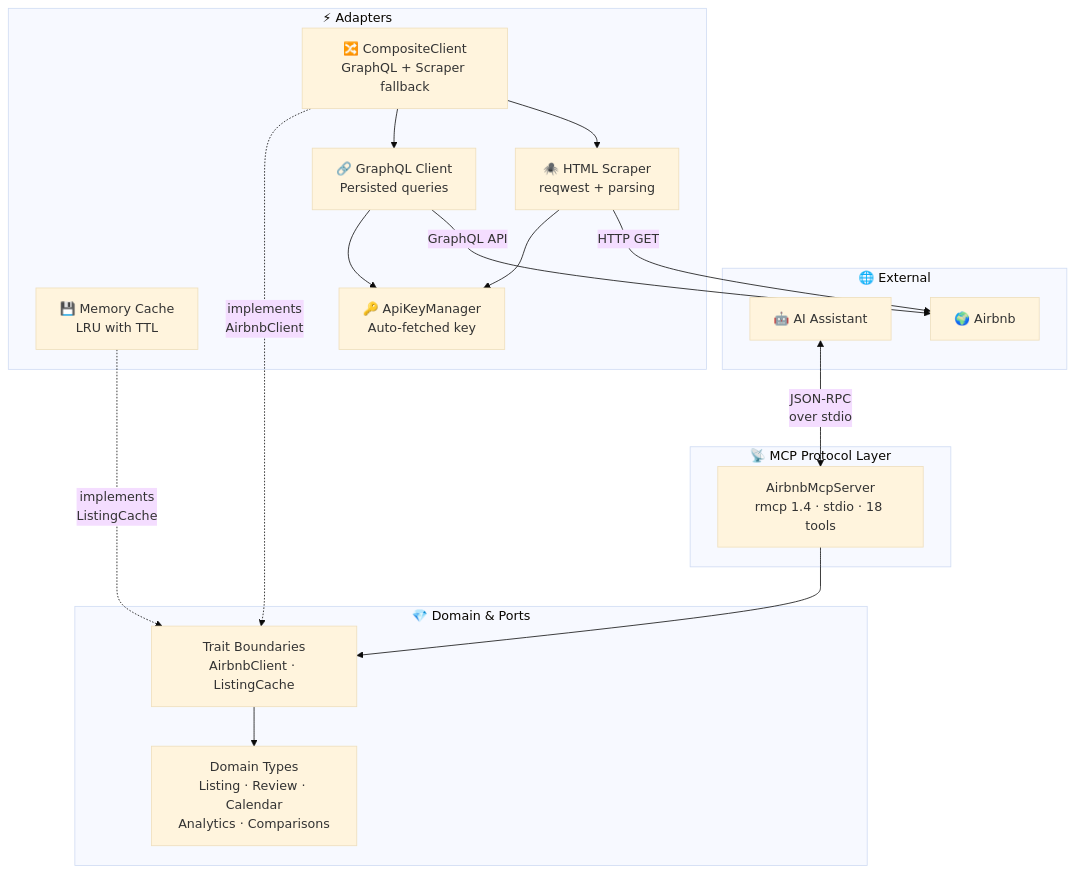
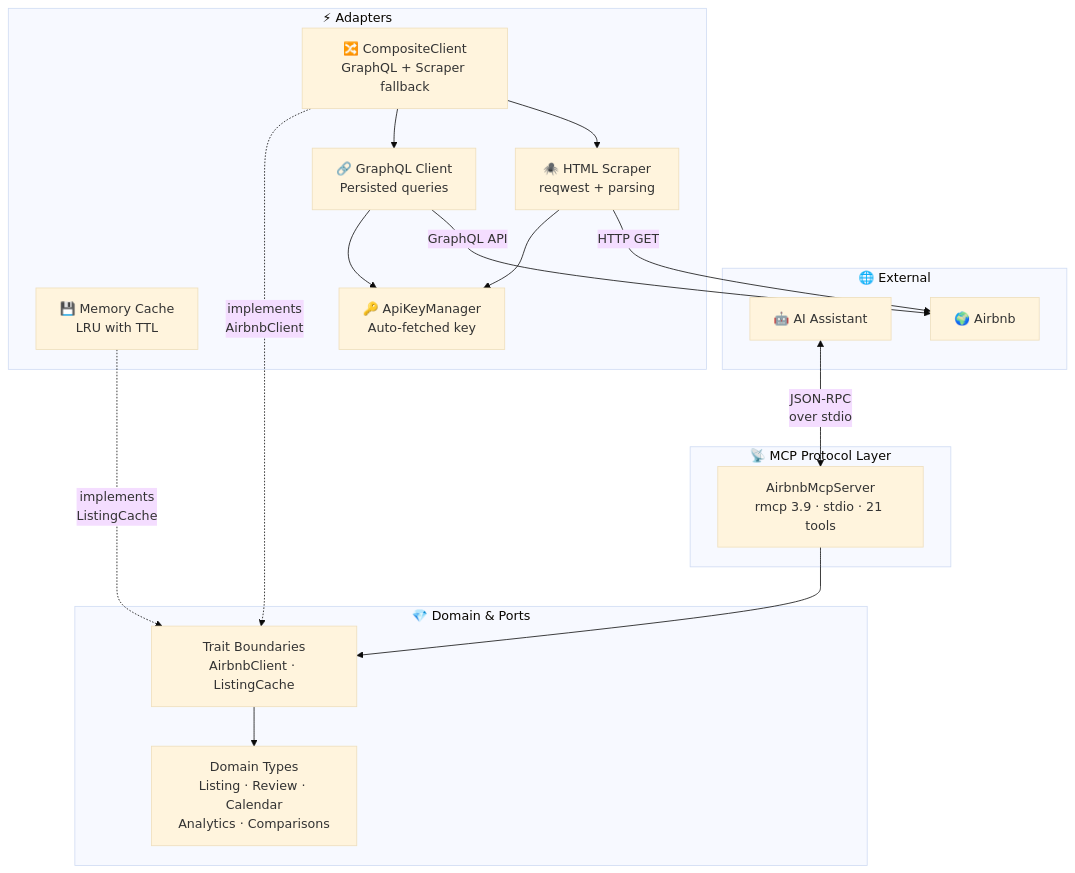
One commit to muchiny/mcp-airbnb changed the first of 2 diagrams in README.md. Above: the diagram before and after it, drawn with Mermaid (base theme). The commit also changed other lines of this file and 97 other files, not shown here.

````diff
--- a/README.md
+++ b/README.md
@@ -57,36 +61,36 @@
 ```mermaid
 graph TB
     subgraph External["🌐 External"]
         AI["🤖 AI Assistant"]
         AB["🌍 Airbnb"]
     end
 
     subgraph MCP["📡 MCP Protocol Layer"]
-        Server["AirbnbMcpServer<br/>rmcp 1.4 · stdio · 18 tools"]
+        Server["AirbnbMcpServer<br/>rmcp 3.9 · stdio · 21 tools"]
     end
 
     subgraph Core["💎 Domain & Ports"]
         Domain["Domain Types<br/>Listing · Review · Calendar<br/>Analytics · Comparisons"]
         Ports["Trait Boundaries<br/>AirbnbClient · ListingCache"]
     end
 
     subgraph Infra["⚡ Adapters"]
         Composite["🔀 CompositeClient<br/>GraphQL + Scraper fallback"]
         GQL["🔗 GraphQL Client<br/>Persisted queries"]
         Scraper["🕷️ HTML Scraper<br/>reqwest + parsing"]
         Cache["💾 Memory Cache<br/>LRU with TTL"]
         Shared["🔑 ApiKeyManager<br/>Auto-fetched key"]
     end
 
     AI <-->|"JSON-RPC<br/>over stdio"| Server
     Server --> Ports
     Ports --> Domain
     Composite -.->|"implements<br/>AirbnbClient"| Ports
     Cache -.->|"implements<br/>ListingCache"| Ports
     Composite --> GQL
     Composite --> Scraper
     GQL --> Shared
     Scraper --> Shared
     GQL -->|"GraphQL API"| AB
     Scraper -->|"HTTP GET"| AB
 ```
````
